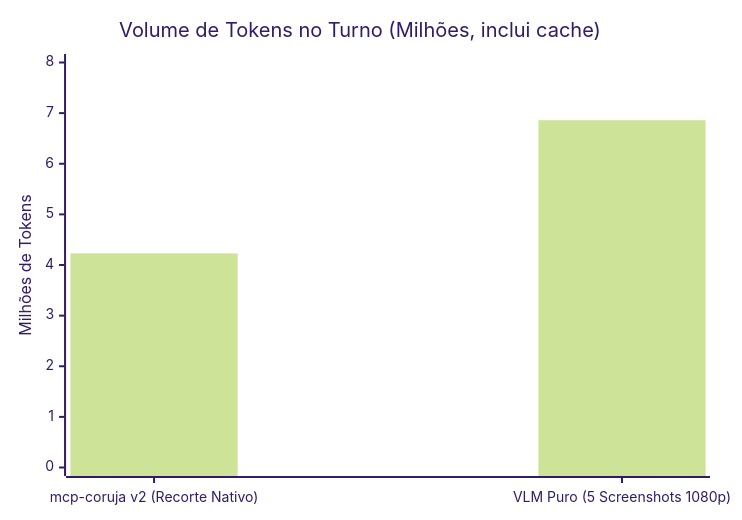
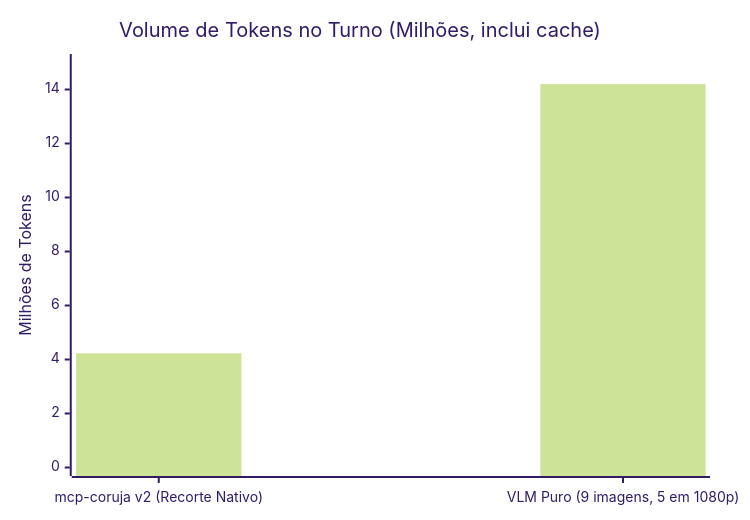
One commit to LucasEBRTIA/mcp-coruja changed the sixth of 6 diagrams in BENCHMARK.md. Above: the diagram before and after it, drawn with Mermaid (forest theme). The commit also changed other lines of this file, not shown here.

First line of the commit message:
Teste 2: tokens novos medidos (42k vs 138k) e graficos/totais corrigidos

````diff
--- a/BENCHMARK.md
+++ b/BENCHMARK.md
@@ -192,7 +195,7 @@
 ```mermaid
 xychart-beta
     title "Volume de Tokens no Turno (Milhões, inclui cache)"
-    x-axis ["mcp-coruja v2 (Recorte Nativo)", "VLM Puro (5 Screenshots 1080p)"]
-    y-axis "Milhões de Tokens" 0 --> 8
-    bar [4.23, 6.86]
+    x-axis ["mcp-coruja v2 (Recorte Nativo)", "VLM Puro (9 imagens, 5 em 1080p)"]
+    y-axis "Milhões de Tokens" 0 --> 15
+    bar [4.23, 14.20]
 ```
````
